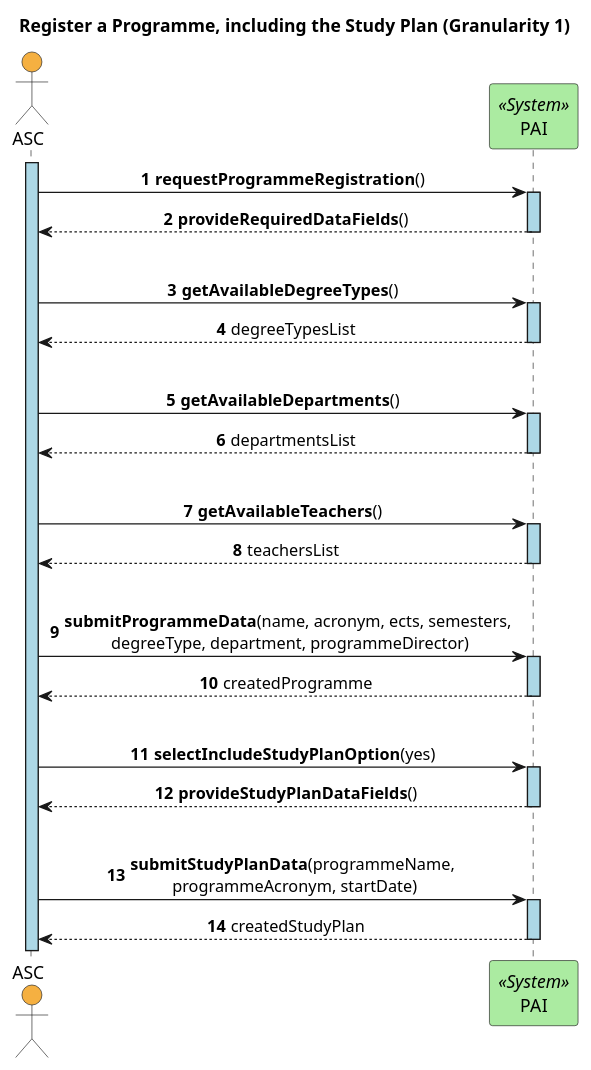
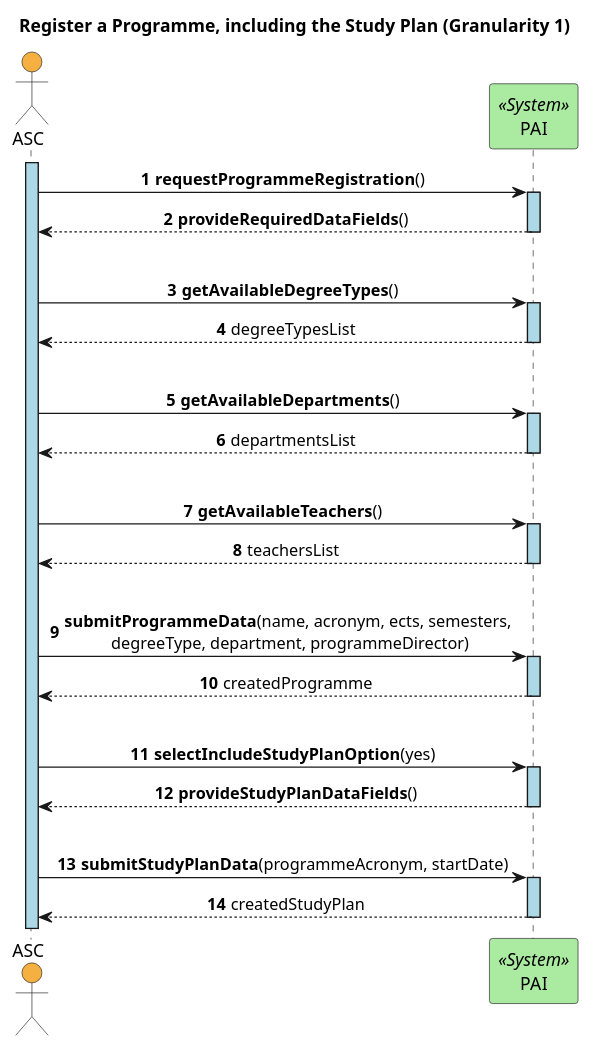
One commit to GasparISEP/DevOps-PAI changed the diagram in docs/US27/Sprint6/ProcessView/Level1.puml. Above: the diagram before and after it, drawn with PlantUML. The commit also changed 2 other files, not shown here.

Commit message:
Refactor US27 processView diagrams to align with current codebase. (Ref #792)

```diff
--- a/docs/US27/Sprint6/ProcessView/Level1.puml
+++ b/docs/US27/Sprint6/ProcessView/Level1.puml
@@ -1,31 +1,31 @@
 @startuml
 title Register a Programme, including the Study Plan (Granularity 1)
 skinparam sequenceMessageAlign center
 skinparam sequenceLifeLineBackgroundColor lightblue
 autonumber
 
 actor ASC #F5B041
 participant "PAI" as system <<System>> #ABEBA1
 
 activate ASC
 ASC -> system++: **requestProgrammeRegistration**()
 system --> ASC--: **provideRequiredDataFields**()
 |||
 ASC -> system++: **getAvailableDegreeTypes**()
 system --> ASC--: degreeTypesList
 |||
 ASC -> system++: **getAvailableDepartments**()
 system --> ASC--: departmentsList
 |||
 ASC -> system++: **getAvailableTeachers**()
 system --> ASC--: teachersList
 |||
 ASC -> system++: **submitProgrammeData**(name, acronym, ects, semesters, \ndegreeType, department, programmeDirector)
 system --> ASC--: createdProgramme
 |||
 ASC -> system++: **selectIncludeStudyPlanOption**(yes)
 system --> ASC--: **provideStudyPlanDataFields**()
 |||
-ASC -> system++: **submitStudyPlanData**(programmeName, \nprogrammeAcronym, startDate)
+ASC -> system++: **submitStudyPlanData**(programmeAcronym, startDate)
 system --> ASC--: createdStudyPlan
 @enduml
```
